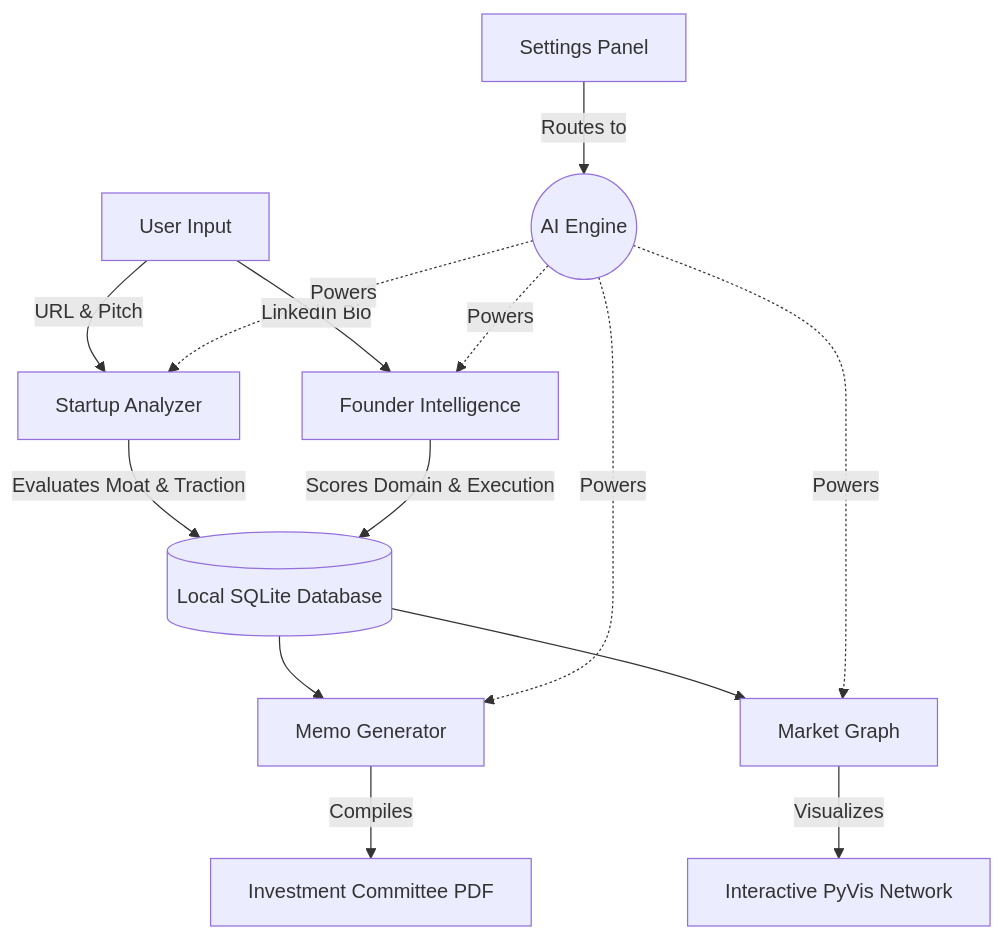
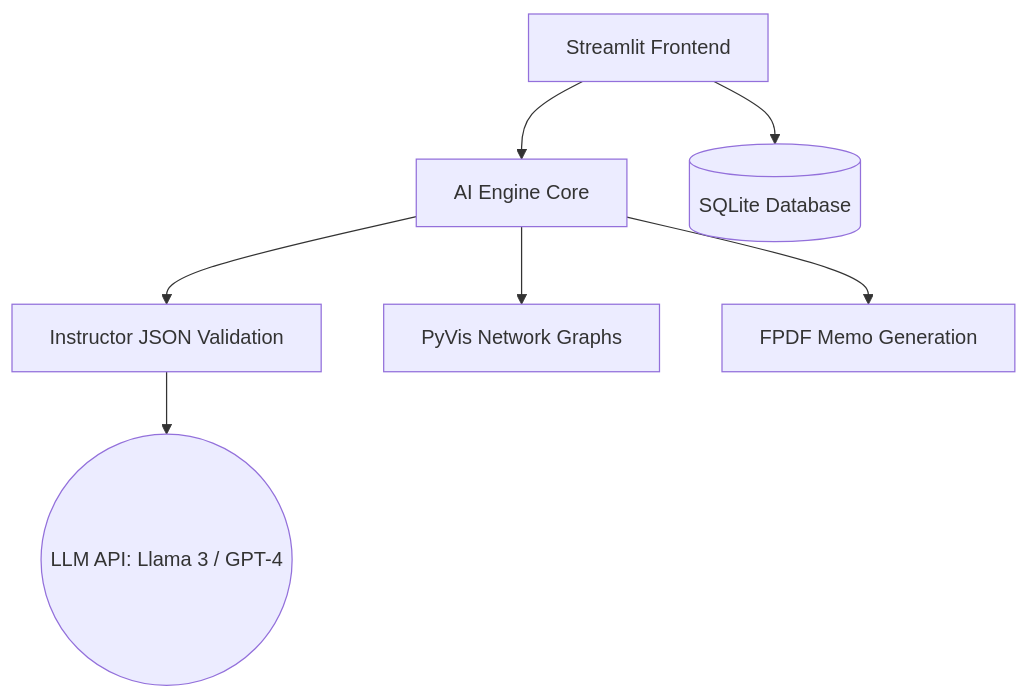
One commit to amitbaghel001/VentureFlow-AI changed the diagram in README.md. Above: the diagram before and after it, drawn with Mermaid. The commit also changed other lines of this file and 9 other files, not shown here.

````diff
--- a/README.md
+++ b/README.md
@@ -22,20 +53,9 @@
 ```mermaid
 graph TD
-    A[User Input] -->|URL & Pitch| B[Startup Analyzer]
-    A -->|LinkedIn Bio| C[Founder Intelligence]
-    
-    B -- Evaluates Moat & Traction --> D[(Local SQLite Database)]
-    C -- Scores Domain & Execution --> D
-    
-    D --> E[Memo Generator]
-    E -- Compiles --> F[Investment Committee PDF]
-    
-    D --> G[Market Graph]
-    G -- Visualizes --> H[Interactive PyVis Network]
-    
-    I[Settings Panel] -- Routes to --> J((AI Engine))
-    J -. Powers .-> B
-    J -. Powers .-> C
-    J -. Powers .-> E
-    J -. Powers .-> G
+    UI[Streamlit Frontend] --> Core[AI Engine Core]
+    UI --> DB[(SQLite Database)]
+    Core --> Instructor[Instructor JSON Validation]
+    Instructor --> LLM((LLM API: Llama 3 / GPT-4))
+    Core --> Vis[PyVis Network Graphs]
+    Core --> PDF[FPDF Memo Generation]
 ```
````
